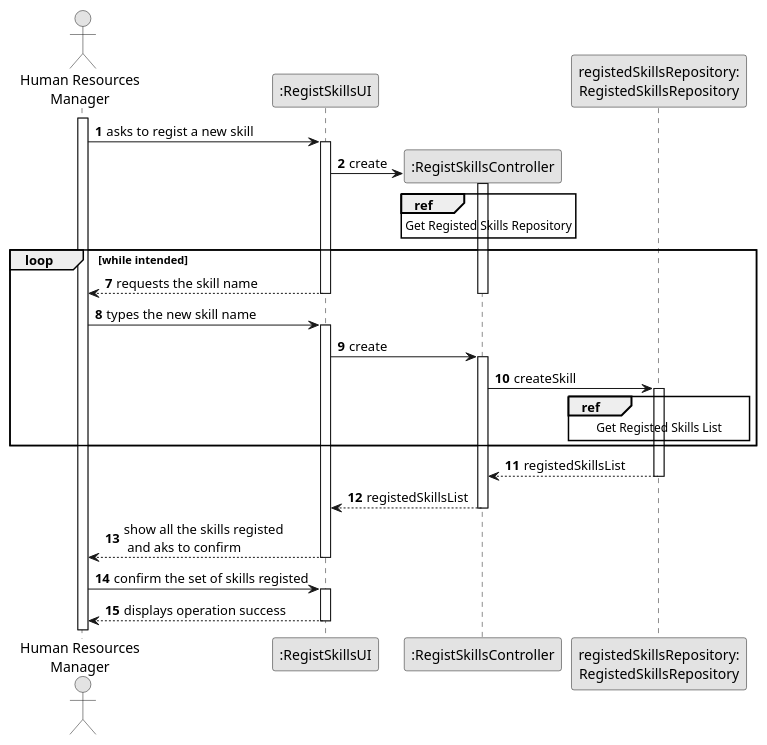
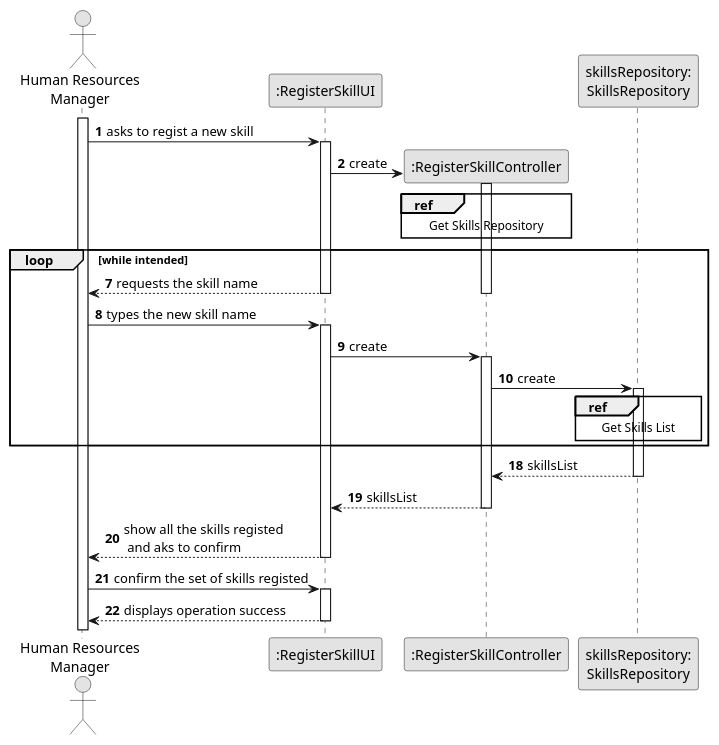
Before and after one commit to 1231360-ISEP/lei-24-s2-1db-g021: the diagram in docs/sprint2/us001/03.design/puml/us001-sequence-diagram-split.puml, drawn with PlantUML. The commit also changed 10 other files, not shown here.

```diff
--- a/docs/sprint2/us001/03.design/puml/us001-sequence-diagram-split.puml
+++ b/docs/sprint2/us001/03.design/puml/us001-sequence-diagram-split.puml
@@ -1,68 +1,70 @@
 @startuml
 skinparam monochrome true
 skinparam packageStyle rectangle
 skinparam shadowing false
 
 actor "Human Resources\nManager" as HRM
-participant ":RegistSkillsUI" as UI
-participant ":RegistSkillsController" as CTRL
-participant "registedSkillsRepository:\nRegistedSkillsRepository" as RegistedSkillsRepository
+participant ":RegisterSkillUI" as UI
+participant ":RegisterSkillController" as CTRL
+participant "skillsRepository:\nSkillsRepository" as SkillsRepository
 
 autonumber 1
 
 activate HRM
 
     HRM -> UI : asks to regist a new skill
 activate UI
 
     UI -> CTRL** : create
 
 activate CTRL
 
 ref over CTRL
-    Get Registed Skills Repository
+    Get Skills Repository
 end ref
 
 deactivate CTRL
 
 loop while intended
 
     autonumber 7
         UI --> HRM : requests the skill name
     deactivate CTRL
     deactivate UI
 
 
     HRM -> UI : types the new skill name
     activate UI
         UI -> CTRL: create
     activate CTRL
 
-        CTRL -> RegistedSkillsRepository : createSkill
-    activate RegistedSkillsRepository
+        CTRL -> SkillsRepository : create
+    activate SkillsRepository
 
-    ref over RegistedSkillsRepository
-        Get Registed Skills List
+    ref over SkillsRepository
+        Get Skills List
     end ref
 
 end
 
-RegistedSkillsRepository --> CTRL : registedSkillsList
-deactivate RegistedSkillsRepository
+autonumber 18
 
-CTRL --> UI : registedSkillsList
+SkillsRepository --> CTRL : skillsList
+deactivate SkillsRepository
+
+CTRL --> UI : skillsList
 deactivate CTRL
 
 UI --> HRM : show all the skills registed\n and aks to confirm
 
 deactivate CTRL
 deactivate UI
 
 HRM -> UI : confirm the set of skills registed
 activate UI
 
 UI --> HRM : displays operation success
 deactivate UI
 
 
 @enduml
```
